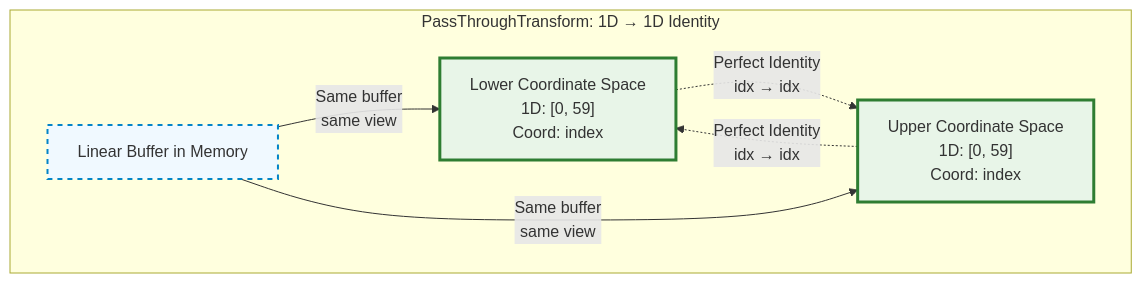
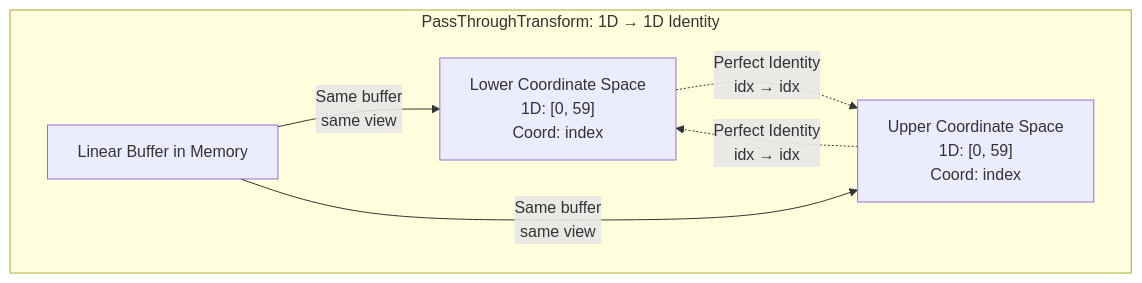
Before and after one commit to hdt98/rocm-libraries: the eighth of 12 diagrams in projects/composablekernel/docs/conceptual/ck_tile/transforms.rst, drawn with Mermaid. The commit also changed other lines of this file and 21 other files, not shown here.

First line of the commit message:
[ck] Updated CK Tile documentation to use mermaid diagrams (#7955)

```diff
--- a/projects/composablekernel/docs/conceptual/ck_tile/transforms.rst
+++ b/projects/composablekernel/docs/conceptual/ck_tile/transforms.rst
@@ -489,19 +383,15 @@
-      .. mermaid::
-      
-         graph TB
-             subgraph "PassThroughTransform: 1D → 1D Identity"
-                 LS["Lower Coordinate Space<br/>1D: [0, 59]<br/>Coord: index"]
-                 US["Upper Coordinate Space<br/>1D: [0, 59]<br/>Coord: index"]
-                 
-                 DATA["Linear Buffer in Memory"]
-             end
-             
-             LS -.->|"Perfect Identity<br/>idx → idx"| US
-             US -.->|"Perfect Identity<br/>idx → idx"| LS
-             
-             DATA -->|"Same buffer<br/>same view"| LS
-             DATA -->|"Same buffer<br/>same view"| US
-             
-             style LS fill:#e8f5e8,stroke:#2e7d32,stroke-width:3px
-             style US fill:#e8f5e8,stroke:#2e7d32,stroke-width:3px
-             style DATA fill:#f0f9ff,stroke:#0284c7,stroke-width:2px,stroke-dasharray: 5 5
+.. mermaid::
+
+   graph TB
+       subgraph "PassThroughTransform: 1D → 1D Identity"
+           LS["Lower Coordinate Space<br/>1D: [0, 59]<br/>Coord: index"]
+           US["Upper Coordinate Space<br/>1D: [0, 59]<br/>Coord: index"]
+
+           DATA["Linear Buffer in Memory"]
+       end
+
+       LS -.->|"Perfect Identity<br/>idx → idx"| US
+       US -.->|"Perfect Identity<br/>idx → idx"| LS
+
+       DATA -->|"Same buffer<br/>same view"| LS
+       DATA -->|"Same buffer<br/>same view"| US
```
